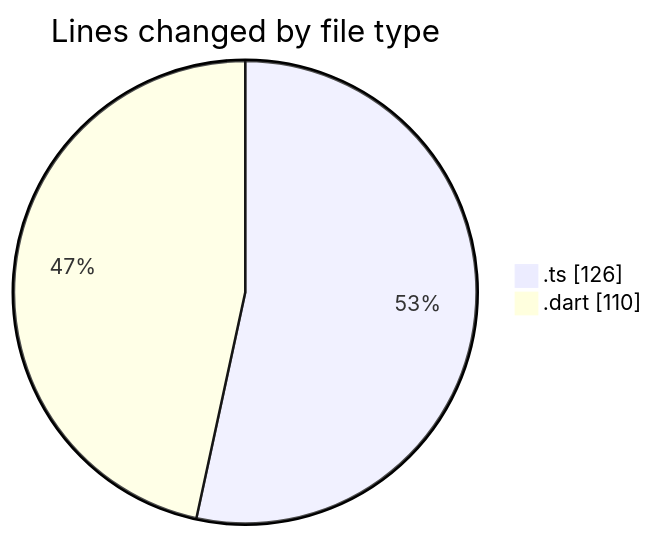
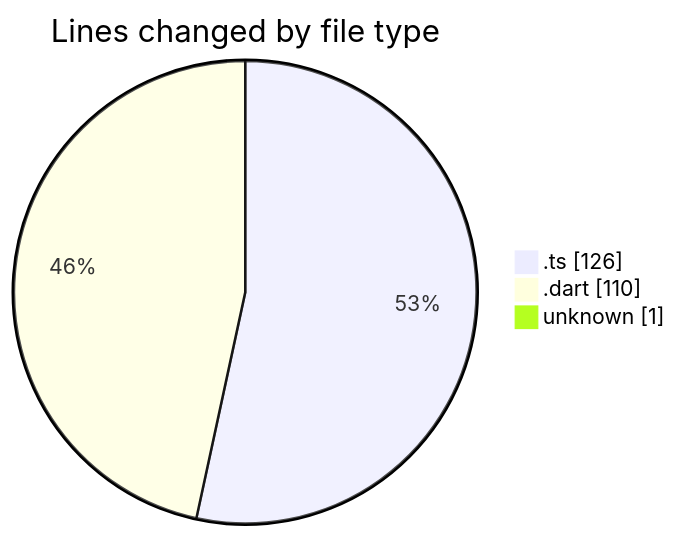
Before and after one commit to donsfak/code-tracking: the first of 2 diagrams in 2025-02-09/maps_clone/README.md, drawn with Mermaid. The commit also changed other lines of this file and 1 other file, not shown here.

````diff
--- a/2025-02-09/maps_clone/README.md
+++ b/2025-02-09/maps_clone/README.md
@@ -21,6 +22,7 @@
 ```mermaid
 pie showData
 title Lines changed by file type
 ".ts" : 126
 ".dart" : 110
+"unknown" : 1
 ```
````
